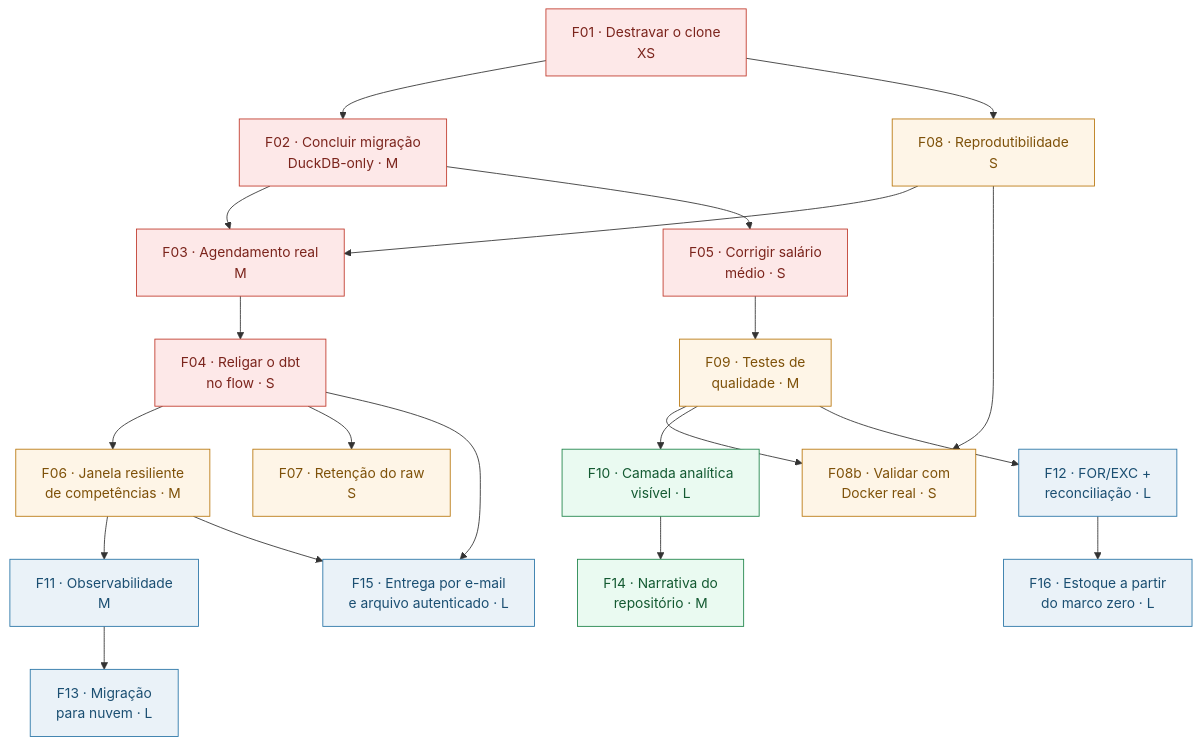
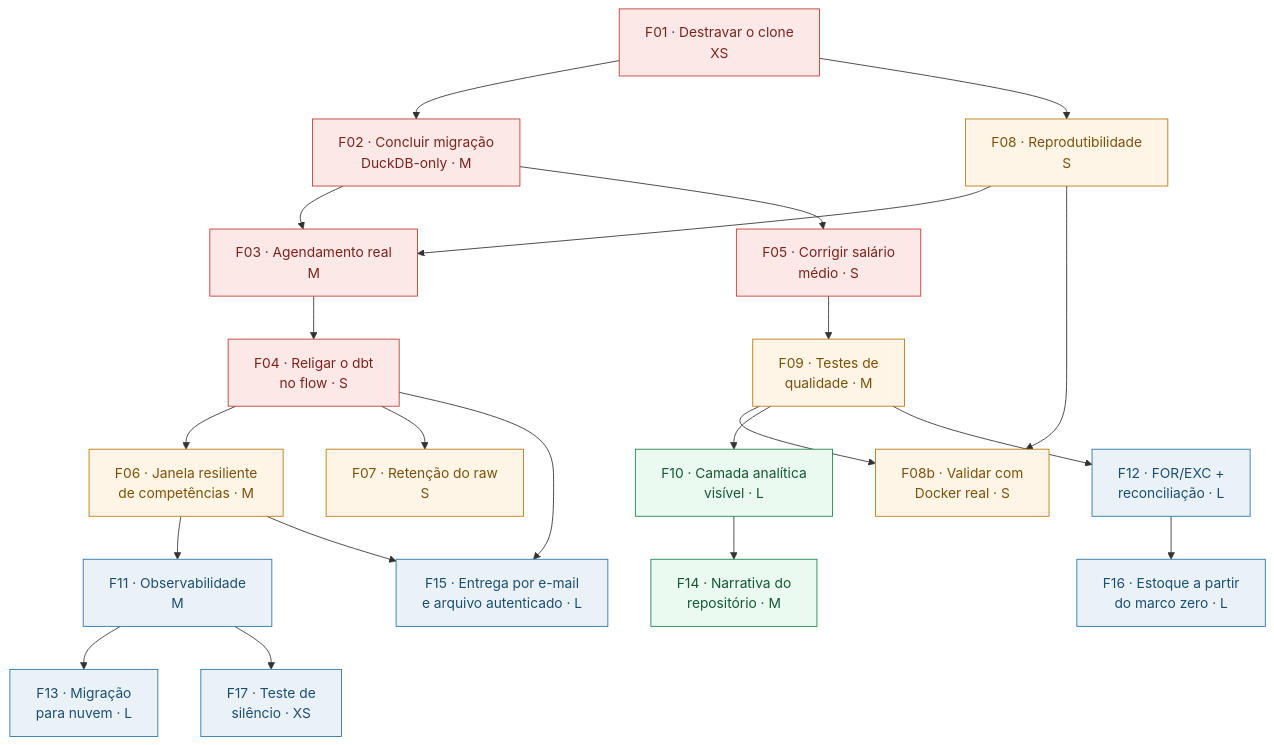
One commit to raulleninis/heco-caged-datastack changed the diagram in docs/fatias/README.md. Above: the diagram before and after it, drawn with Mermaid. The commit also changed other lines of this file and 2 other files, not shown here.

Commit message:
docs: Adicionar F17 (teste de silêncio) como fatia extra da F11
Os itens da F11 que só se validam com serviços reais (chegada do alerta
ao celular, dead-man's-switch com o container parado, teste honesto de
uma semana) viram fatia própria, com procedimento e critério de aceite.

````diff
--- a/docs/fatias/README.md
+++ b/docs/fatias/README.md
@@ -13,31 +13,32 @@
 ```mermaid
 flowchart TD
     F01["F01 · Destravar o clone<br/>XS"] --> F02["F02 · Concluir migração<br/>DuckDB-only · M"]
     F01 --> F08["F08 · Reprodutibilidade<br/>S"]
     F02 --> F03["F03 · Agendamento real<br/>M"]
     F08 --> F03
     F03 --> F04["F04 · Religar o dbt<br/>no flow · S"]
     F04 --> F06["F06 · Janela resiliente<br/>de competências · M"]
     F02 --> F05["F05 · Corrigir salário<br/>médio · S"]
     F05 --> F09["F09 · Testes de<br/>qualidade · M"]
     F04 --> F07["F07 · Retenção do raw<br/>S"]
     F08 --> F08b["F08b · Validar com<br/>Docker real · S"]
     F09 --> F08b
     F09 --> F10["F10 · Camada analítica<br/>visível · L"]
     F06 --> F11["F11 · Observabilidade<br/>M"]
     F09 --> F12["F12 · FOR/EXC +<br/>reconciliação · L"]
     F11 --> F13["F13 · Migração<br/>para nuvem · L"]
     F10 --> F14["F14 · Narrativa do<br/>repositório · M"]
     F04 --> F15["F15 · Entrega por e-mail<br/>e arquivo autenticado · L"]
     F06 --> F15
     F12 --> F16["F16 · Estoque a partir<br/>do marco zero · L"]
+    F11 --> F17["F17 · Teste de<br/>silêncio · XS"]
 
     classDef agora fill:#fde8e8,stroke:#c0392b,color:#7b241c
     classDef pre fill:#fef5e7,stroke:#b9770e,color:#7e5109
     classDef prod fill:#eaf2f8,stroke:#2874a6,color:#1b4f72
     classDef vitrine fill:#eafaf1,stroke:#1e8449,color:#145a32
     class F01,F02,F03,F04,F05 agora
     class F06,F07,F08,F08b,F09 pre
-    class F11,F12,F13,F15,F16 prod
+    class F11,F12,F13,F15,F16,F17 prod
     class F10,F14 vitrine
 ```
````
